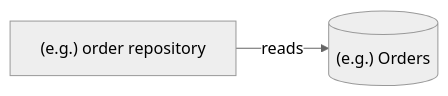
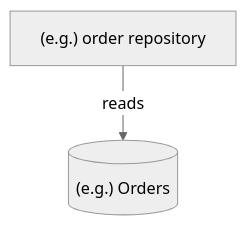
Before and after one commit to hoong2001/workflow-memory-claude: the second of 2 diagrams in project-memory/modules/example-module/example-module-flow.md, drawn with Mermaid (neutral theme). The commit also changed other lines of this file and 13 other files, not shown here.

First line of the commit message:
template 17.5.0: sql-comment-check PostToolUse hook rejects a SQL -- comment that ends a C# string literal in Repositories/*.cs; workspace-doc-writing-style makes every flowchart TB (LR only for <=2 subgraphs or a <=5-node chain); CLAUDE.md, README and SYNC-MANIFEST list the hook and version

````diff
--- a/project-memory/modules/example-module/example-module-flow.md
+++ b/project-memory/modules/example-module/example-module-flow.md
@@ -32,4 +32,4 @@
 ```mermaid
-flowchart LR
+flowchart TB
     R["(e.g.) order repository"] -->|reads| T[("(e.g.) Orders")]
 ```
````
